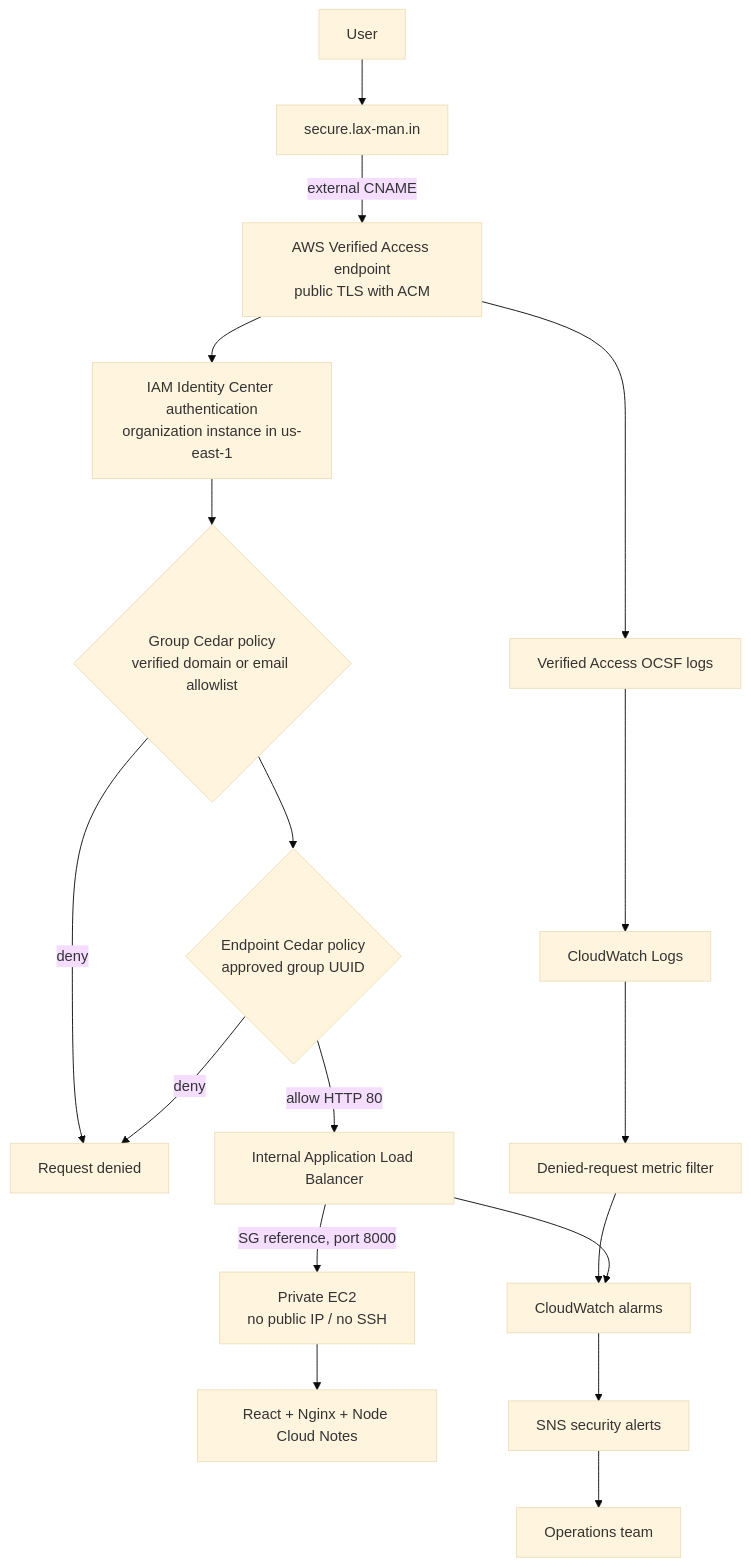
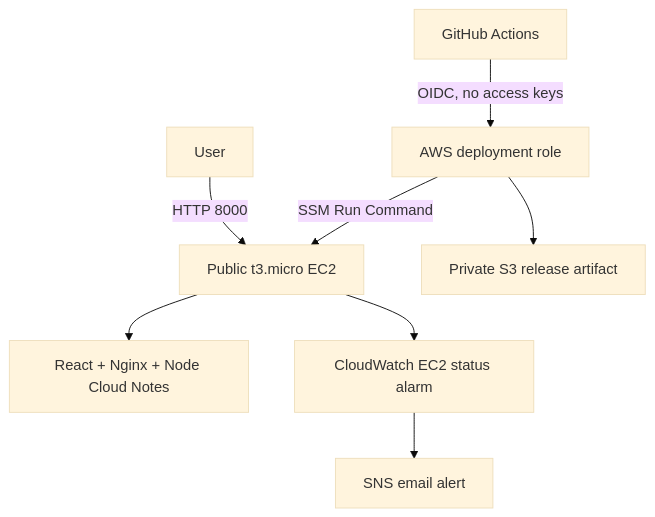
One commit to blaxmankumar/cloud-notes changed the diagram in docs/architecture.md. Above: the diagram before and after it, drawn with Mermaid (base theme). The commit also changed other lines of this file and 18 other files, not shown here.

Commit message:
feat: default main deployment to AWS Free Tier mode

````diff
--- a/docs/architecture.md
+++ b/docs/architecture.md
@@ -3,21 +5,10 @@
 ```mermaid
 flowchart TD
-  U[User] --> D[secure.lax-man.in]
-  D -->|external CNAME| VA[AWS Verified Access endpoint<br/>public TLS with ACM]
-  VA --> IDC[IAM Identity Center authentication<br/>organization instance in us-east-1]
-  IDC --> GP{Group Cedar policy<br/>verified domain or email allowlist}
-  GP --> EP{Endpoint Cedar policy<br/>approved group UUID}
-  GP -->|deny| X[Request denied]
-  EP -->|deny| X
-  EP -->|allow HTTP 80| ALB[Internal Application Load Balancer]
-  ALB -->|SG reference, port 8000| EC2[Private EC2<br/>no public IP / no SSH]
+  U[User] -->|HTTP 8000| EC2[Public t3.micro EC2]
   EC2 --> APP[React + Nginx + Node Cloud Notes]
-
-  VA --> LOG[Verified Access OCSF logs]
-  LOG --> CWL[CloudWatch Logs]
-  CWL --> MF[Denied-request metric filter]
-  MF --> CWA[CloudWatch alarms]
-  ALB --> CWA
-  CWA --> SNS[SNS security alerts]
-  SNS --> OPS[Operations team]
+  GHA[GitHub Actions] -->|OIDC, no access keys| AWS[AWS deployment role]
+  AWS --> S3[Private S3 release artifact]
+  AWS -->|SSM Run Command| EC2
+  EC2 --> CWA[CloudWatch EC2 status alarm]
+  CWA --> SNS[SNS email alert]
 ```
````
